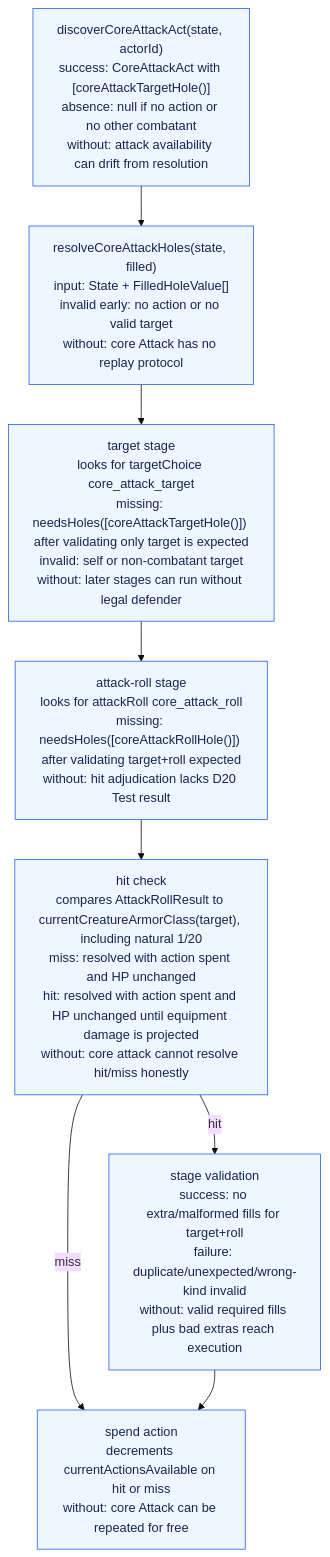
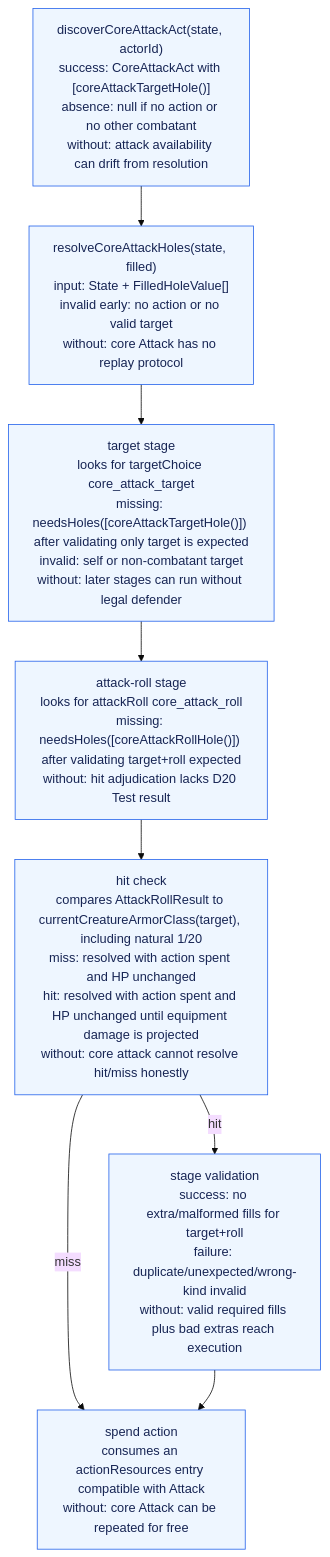
Before and after one commit to dearlordylord/5e-quint: the fifth of 7 diagrams in packages/surface-runtime-correction/ARCHITECTURE_GRAPH.md, drawn with Mermaid (base theme). The commit also changed other lines of this file and 64 other files, not shown here.

````diff
--- a/packages/surface-runtime-correction/ARCHITECTURE_GRAPH.md
+++ b/packages/surface-runtime-correction/ARCHITECTURE_GRAPH.md
@@ -212,19 +212,19 @@
 ```mermaid
 flowchart TD
   Discover["discoverCoreAttackAct(state, actorId)<br/>success: CoreAttackAct with [coreAttackTargetHole()]<br/>absence: null if no action or no other combatant<br/>without: attack availability can drift from resolution"]
   Resolve["resolveCoreAttackHoles(state, filled)<br/>input: State + FilledHoleValue[]<br/>invalid early: no action or no valid target<br/>without: core Attack has no replay protocol"]
 
   Target["target stage<br/>looks for targetChoice core_attack_target<br/>missing: needsHoles([coreAttackTargetHole()]) after validating only target is expected<br/>invalid: self or non-combatant target<br/>without: later stages can run without legal defender"]
   Roll["attack-roll stage<br/>looks for attackRoll core_attack_roll<br/>missing: needsHoles([coreAttackRollHole()]) after validating target+roll expected<br/>without: hit adjudication lacks D20 Test result"]
   HitCheck["hit check<br/>compares AttackRollResult to currentCreatureArmorClass(target), including natural 1/20<br/>miss: resolved with action spent and HP unchanged<br/>hit: resolved with action spent and HP unchanged until equipment damage is projected<br/>without: core attack cannot resolve hit/miss honestly"]
   FullValidate["stage validation<br/>success: no extra/malformed fills for target+roll<br/>failure: duplicate/unexpected/wrong-kind invalid<br/>without: valid required fills plus bad extras reach execution"]
-  SpendAction["spend action<br/>decrements currentActionsAvailable on hit or miss<br/>without: core Attack can be repeated for free"]
+  SpendAction["spend action<br/>consumes an actionResources entry compatible with Attack<br/>without: core Attack can be repeated for free"]
 
   Discover --> Resolve --> Target --> Roll --> HitCheck
   HitCheck -->|miss| SpendAction
   HitCheck -->|hit| FullValidate --> SpendAction
 
   classDef missing fill:#fff1f0,stroke:#c2410c,stroke-width:2px,stroke-dasharray: 6 4,color:#7c2d12;
   classDef implemented fill:#eef6ff,stroke:#2563eb,color:#172554;
-  class Discover,Resolve,Target,Roll,HitCheck,Damage,FullValidate,SpendAction,ApplyDamage implemented;
+  class Discover,Resolve,Target,Roll,HitCheck,FullValidate,SpendAction implemented;
 ```
````
